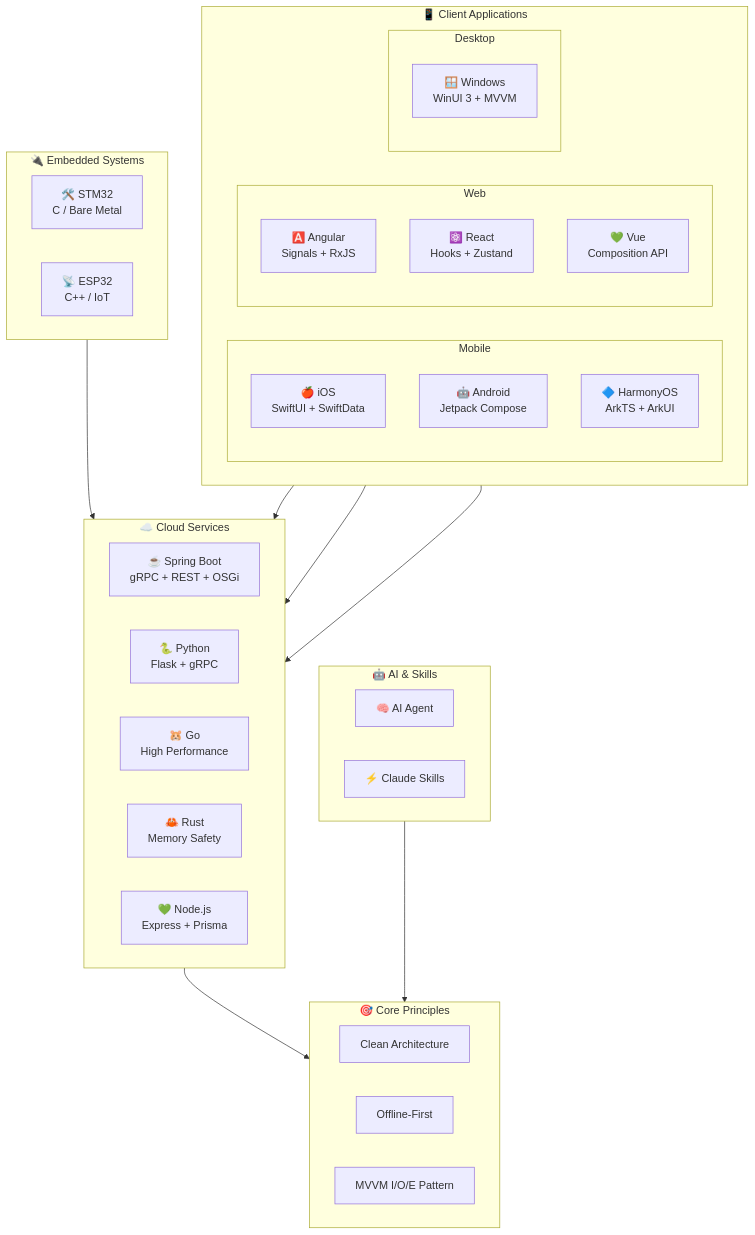
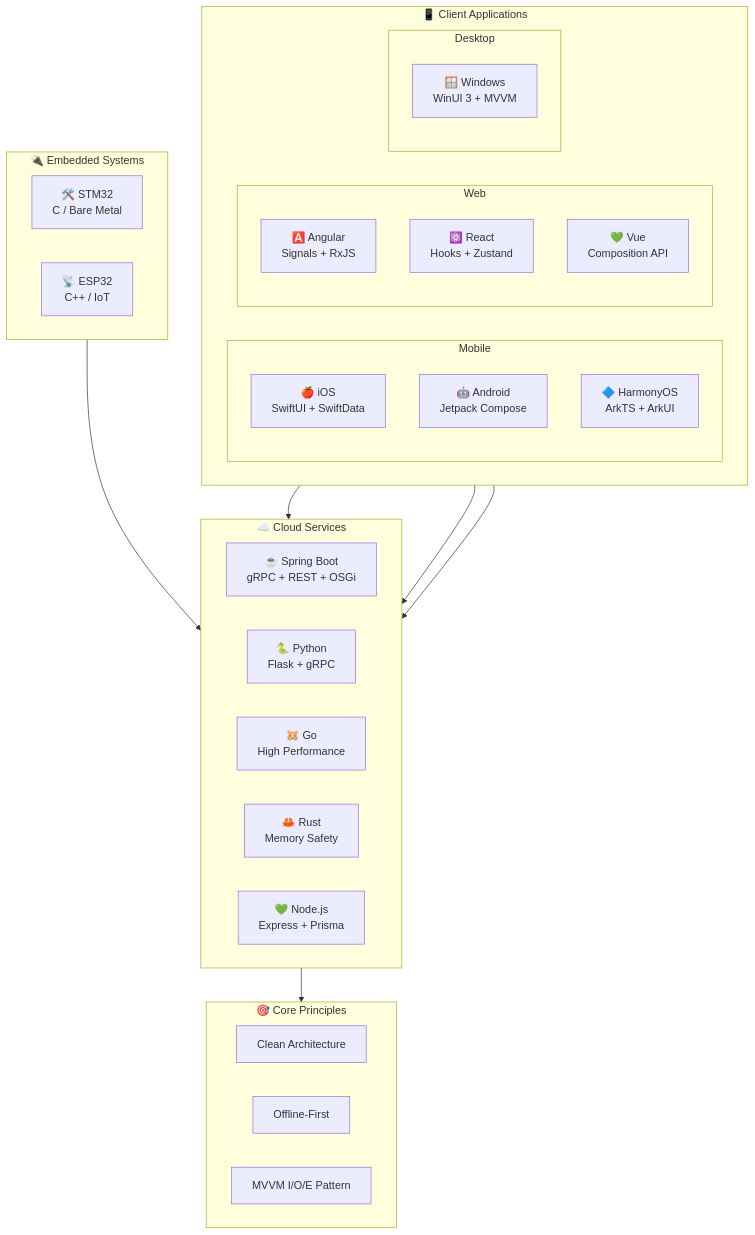
One commit to jrjohn/jrjohn changed the diagram in README.md. Above: the diagram before and after it, drawn with Mermaid.

````diff
--- a/README.md
+++ b/README.md
@@ -18,53 +18,46 @@
 ```mermaid
 flowchart TB
     subgraph Client["📱 Client Applications"]
         direction LR
         subgraph Mobile["Mobile"]
             iOS["🍎 iOS<br>SwiftUI + SwiftData"]
             Android["🤖 Android<br>Jetpack Compose"]
             HarmonyOS["🔷 HarmonyOS<br>ArkTS + ArkUI"]
         end
         subgraph Web["Web"]
             Angular["🅰️ Angular<br>Signals + RxJS"]
             React["⚛️ React<br>Hooks + Zustand"]
             Vue["💚 Vue<br>Composition API"]
         end
         subgraph Desktop["Desktop"]
             Windows["🪟 Windows<br>WinUI 3 + MVVM"]
         end
     end
 
     subgraph Embedded["🔌 Embedded Systems"]
         direction LR
         STM32["🛠️ STM32<br>C / Bare Metal"]
         ESP32["📡 ESP32<br>C++ / IoT"]
     end
 
     subgraph Cloud["☁️ Cloud Services"]
         direction LR
         SpringBoot["☕ Spring Boot<br>gRPC + REST + OSGi"]
         Python["🐍 Python<br>Flask + gRPC"]
         Go["🐹 Go<br>High Performance"]
         Rust["🦀 Rust<br>Memory Safety"]
         NodeJS["💚 Node.js<br>Express + Prisma"]
     end
 
-    subgraph AI["🤖 AI & Skills"]
-        direction LR
-        Agent["🧠 AI Agent"]
-        Skills["⚡ Claude Skills"]
-    end
-
     subgraph Core["🎯 Core Principles"]
         CA["Clean Architecture"]
         OF["Offline-First"]
         MVVM["MVVM I/O/E Pattern"]
     end
 
     Mobile --> Cloud
     Web --> Cloud
     Desktop --> Cloud
     Embedded --> Cloud
     Cloud --> Core
-    AI --> Core
 ```
````
